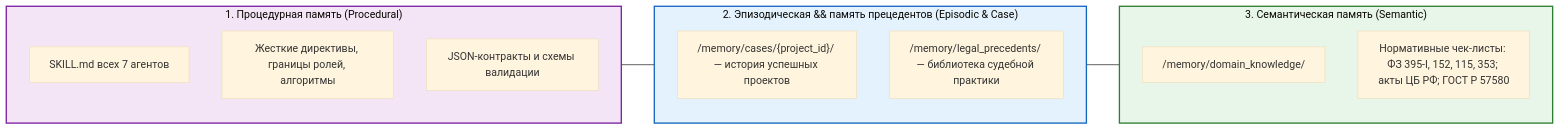
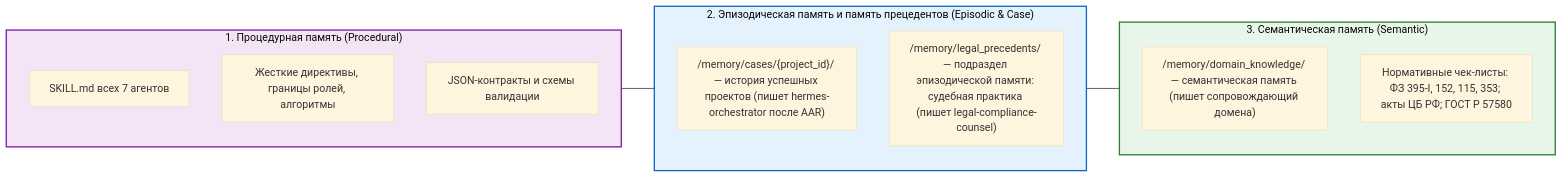
One commit to DenisZakharov2/hermes-protocol-team changed the diagram in docs/diagrams/memory-hierarchy.mmd. Above: the diagram before and after it, drawn with Mermaid (base theme). The commit also changed 7 other files, not shown here.

```diff
--- a/docs/diagrams/memory-hierarchy.mmd
+++ b/docs/diagrams/memory-hierarchy.mmd
@@ -1,25 +1,25 @@
 %% Трехуровневая память Hermes Protocol
 
 flowchart LR
     subgraph PM["1. Процедурная память (Procedural)"]
         PM1[SKILL.md всех 7 агентов]
         PM2[Жесткие директивы, границы ролей, алгоритмы]
         PM3[JSON-контракты и схемы валидации]
     end
 
-    subgraph EM["2. Эпизодическая && память прецедентов (Episodic & Case)"]
-        EM1["/memory/cases/{project_id}/ — история успешных проектов"]
-        EM2["/memory/legal_precedents/ — библиотека судебной практики"]
+    subgraph EM["2. Эпизодическая память и память прецедентов (Episodic & Case)"]
+        EM1["/memory/cases/{project_id}/ — история успешных проектов (пишет hermes-orchestrator после AAR)"]
+        EM2["/memory/legal_precedents/ — подраздел эпизодической памяти: судебная практика (пишет legal-compliance-counsel)"]
     end
 
     subgraph SM["3. Семантическая память (Semantic)"]
-        SM1["/memory/domain_knowledge/"]
+        SM1["/memory/domain_knowledge/ — семантическая память (пишет сопровождающий домена)"]
         SM2[Нормативные чек-листы: ФЗ 395-I, 152, 115, 353; акты ЦБ РФ; ГОСТ Р 57580]
     end
 
     PM --- EM
     EM --- SM
 
     style PM fill:#f3e5f5,stroke:#7b1fa2,stroke-width:2px
     style EM fill:#e3f2fd,stroke:#1565c0,stroke-width:2px
     style SM fill:#e8f5e9,stroke:#2e7d32,stroke-width:2px
```
